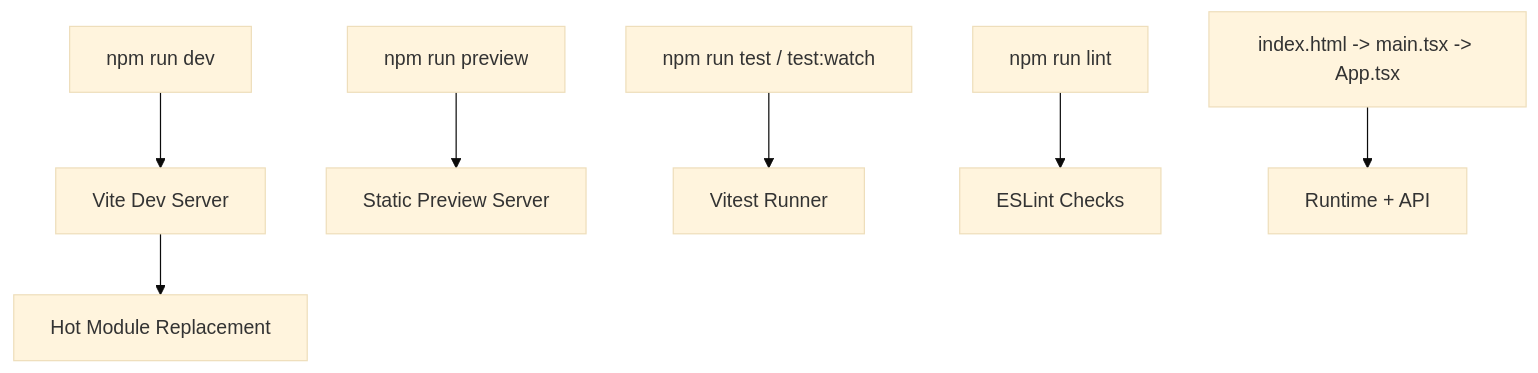
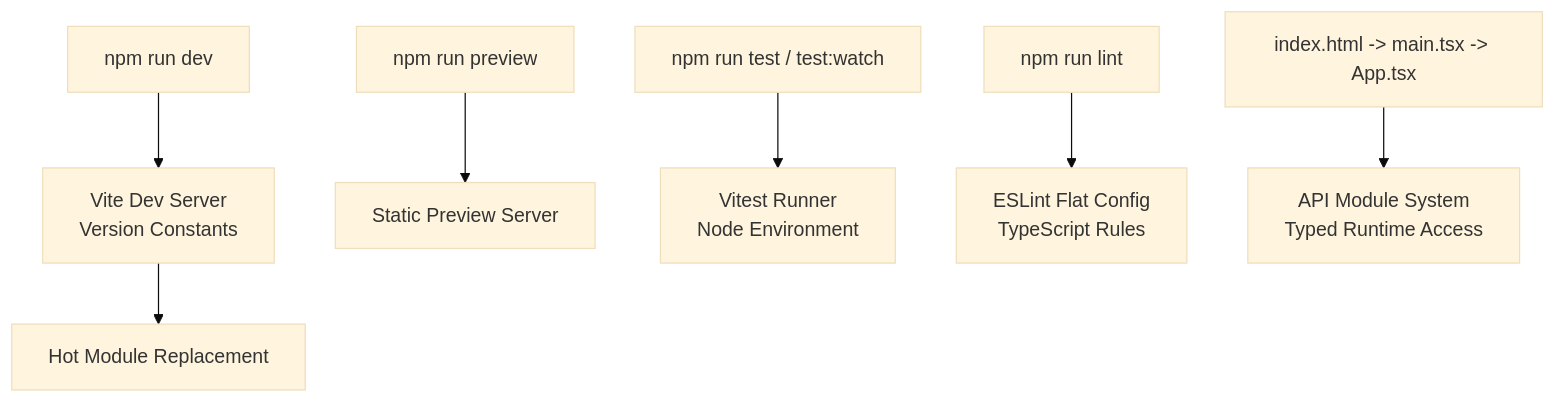
Before and after one commit to v0lka/c0wrk: the ninth of 11 diagrams in .qoder/repowiki/en/content/Frontend Application/Build System.md, drawn with Mermaid (base theme). The commit also changed other lines of this file and 13 other files, not shown here.

````diff
--- a/.qoder/repowiki/en/content/Frontend Application/Build System.md
+++ b/.qoder/repowiki/en/content/Frontend Application/Build System.md
@@ -307,9 +395,9 @@
 ```mermaid
 flowchart TD
-DevCmd["npm run dev"] --> ViteDev["Vite Dev Server"]
+DevCmd["npm run dev"] --> ViteDev["Vite Dev Server<br/>Version Constants"]
 ViteDev --> HMR["Hot Module Replacement"]
 PreviewCmd["npm run preview"] --> StaticServe["Static Preview Server"]
-TestCmd["npm run test / test:watch"] --> Vitest["Vitest Runner"]
-LintCmd["npm run lint"] --> ESL["ESLint Checks"]
-Entry["index.html -> main.tsx -> App.tsx"] --> Runtime["Runtime + API"]
+TestCmd["npm run test / test:watch"] --> Vitest["Vitest Runner<br/>Node Environment"]
+LintCmd["npm run lint"] --> ESL["ESLint Flat Config<br/>TypeScript Rules"]
+Entry["index.html -> main.tsx -> App.tsx"] --> Runtime["API Module System<br/>Typed Runtime Access"]
 ```
````
